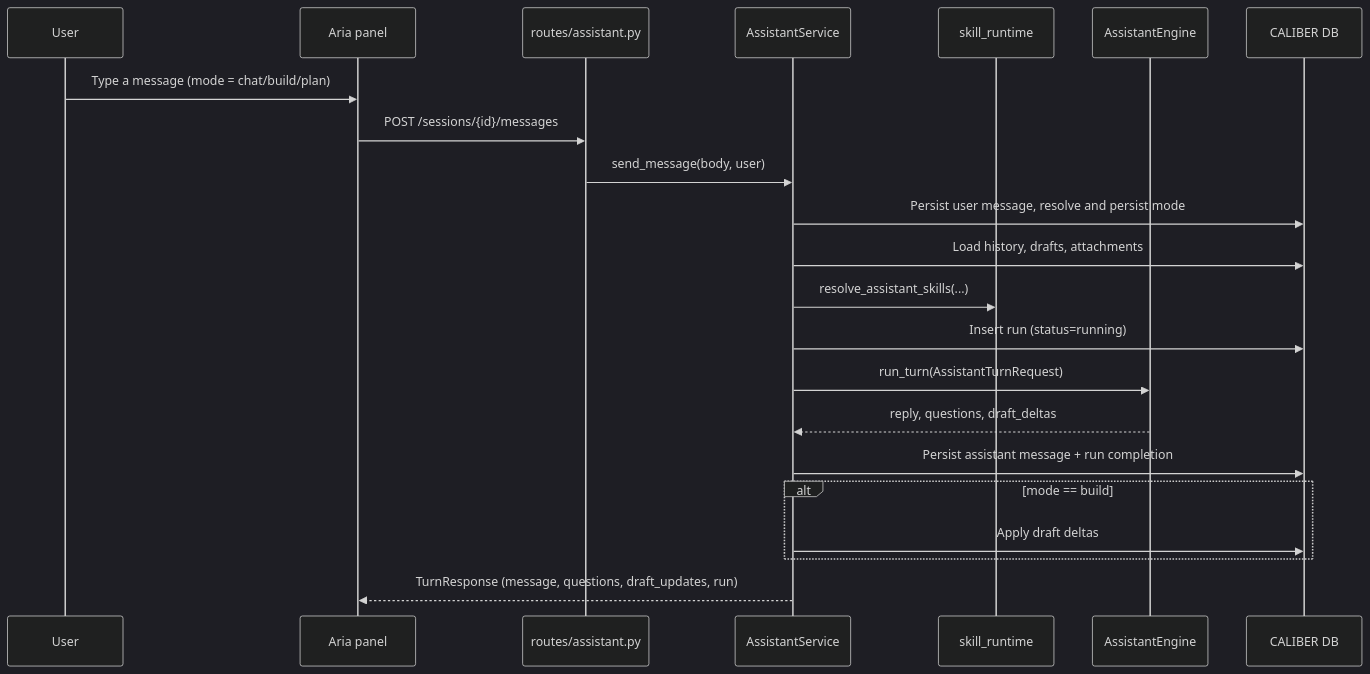
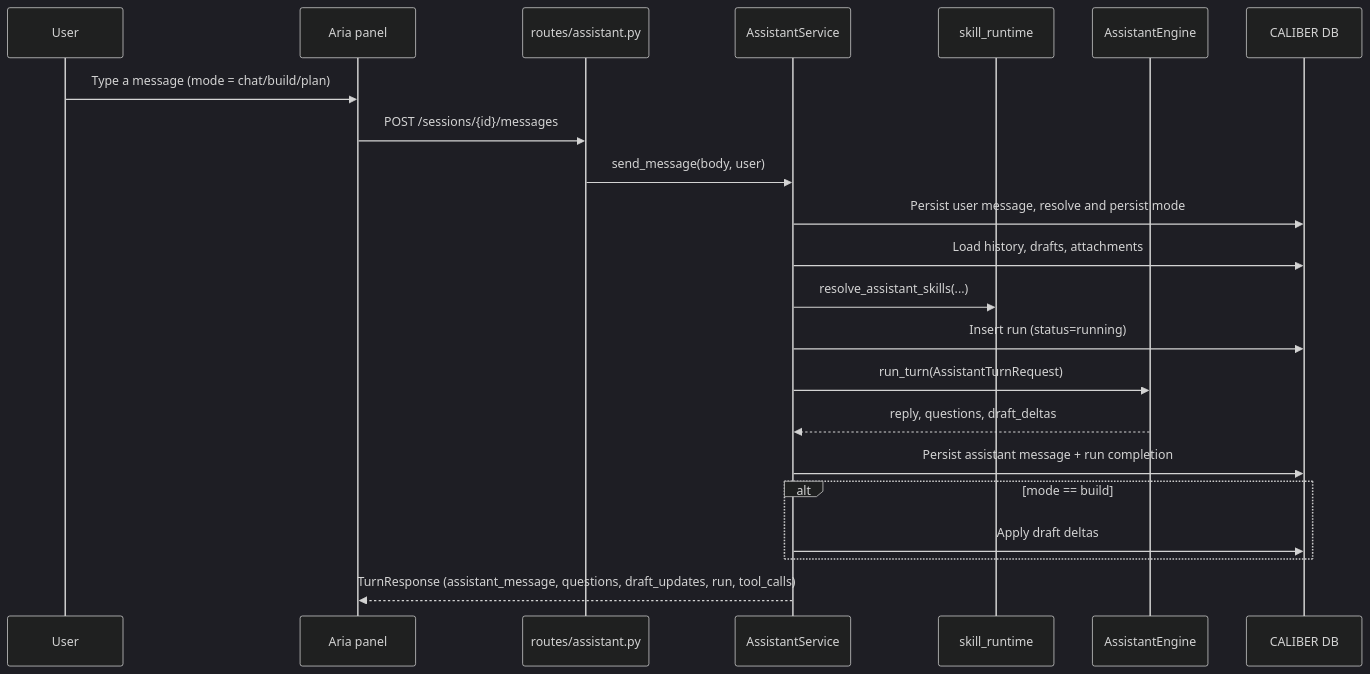
One commit to rrahimi-uci/caliber-suite changed the second of 3 diagrams in docs/12-assistant/architecture.md. Above: the diagram before and after it, drawn with Mermaid (dark theme). The commit also changed other lines of this file and 1 other file, not shown here.

Commit message:
docs(assistant,qa-plan): runtime engine swap, Add context label, approval-mode selector, plan statuses, approval scopes, Playwright server reuse

````diff
--- a/docs/12-assistant/architecture.md
+++ b/docs/12-assistant/architecture.md
@@ -390,25 +394,25 @@
 ```mermaid
 sequenceDiagram
     participant U as User
     participant UI as Aria panel
     participant API as routes/assistant.py
     participant SVC as AssistantService
     participant SR as skill_runtime
     participant ENG as AssistantEngine
     participant DB as CALIBER DB
 
     U->>UI: Type a message (mode = chat/build/plan)
     UI->>API: POST /sessions/{id}/messages
     API->>SVC: send_message(body, user)
     SVC->>DB: Persist user message, resolve and persist mode
     SVC->>DB: Load history, drafts, attachments
     SVC->>SR: resolve_assistant_skills(...)
     SVC->>DB: Insert run (status=running)
     SVC->>ENG: run_turn(AssistantTurnRequest)
     ENG-->>SVC: reply, questions, draft_deltas
     SVC->>DB: Persist assistant message + run completion
     alt mode == build
         SVC->>DB: Apply draft deltas
     end
-    SVC-->>UI: TurnResponse (message, questions, draft_updates, run)
+    SVC-->>UI: TurnResponse (assistant_message, questions, draft_updates, run, tool_calls)
 ```
````
